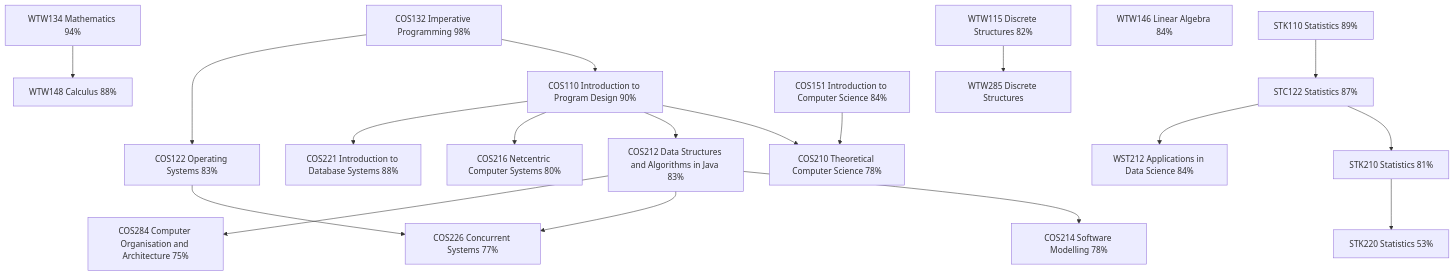
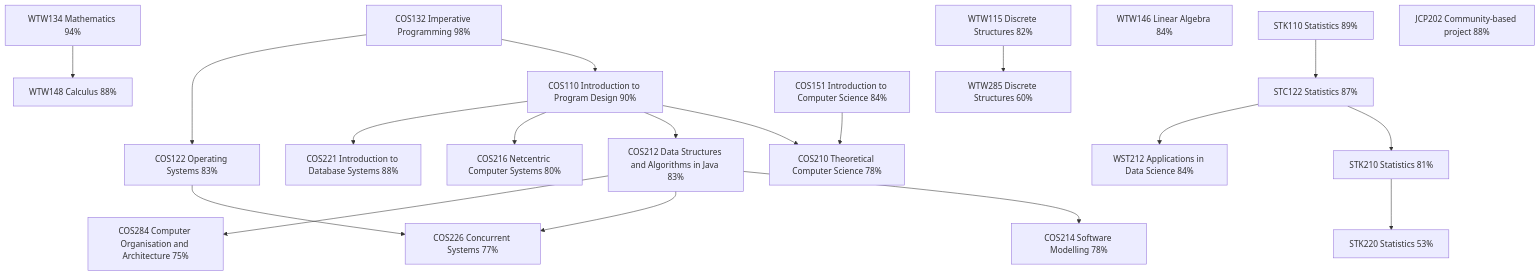
One commit to FJNel/FJNel changed the diagram in README.md. Above: the diagram before and after it, drawn with Mermaid.

Commit message:
Modify grades and add JCP202 course details
Updated WTW285 grade and added JCP202 course information.

````diff
--- a/README.md
+++ b/README.md
@@ -11,29 +11,31 @@
 ```mermaid
 graph TD
     COS132["COS132 Imperative Programming 98%"] --> COS110["COS110 Introduction to Program Design 90%"]
     COS132 --> COS122["COS122 Operating Systems 83%"]
     STK110["STK110 Statistics 89%"] --> STC122["STC122 Statistics 87%"]
     WTW134["WTW134 Mathematics 94%"] --> WTW148["WTW148 Calculus 88%"]
     WTW146["WTW146 Linear Algebra 84%"]
     WTW115["WTW115 Discrete Structures 82%"]
     COS151["COS151 Introduction to Computer Science 84%"] --> COS210["COS210 Theoretical Computer Science 78%"]
     COS110 --> COS210
     COS110 --> COS212["COS212 Data Structures and Algorithms in Java 83%"]
     COS110 --> COS216["COS216 Netcentric Computer Systems 80%"]
     COS110 --> COS221["COS221 Introduction to Database Systems 88%"]
     STC122 --> STK210["STK210 Statistics 81%"]
     STC122 --> WST212["WST212 Applications in Data Science 84%"]
 
     COS214["COS214 Software Modelling 78%"]
     COS226["COS226 Concurrent Systems 77%"]
     COS284["COS284 Computer Organisation and Architecture 75%"]
     STK220["STK220 Statistics 53%"]
-    WTW285["WTW285 Discrete Structures"]
+    WTW285["WTW285 Discrete Structures 60%"]
 
     COS212 --> COS214
     COS122 --> COS226
     COS212 --> COS226
     COS212 --> COS284
     WTW115 --> WTW285
     STK210 --> STK220
+
+    JCP202["JCP202 Community-based project 88%"]
 ```
````
